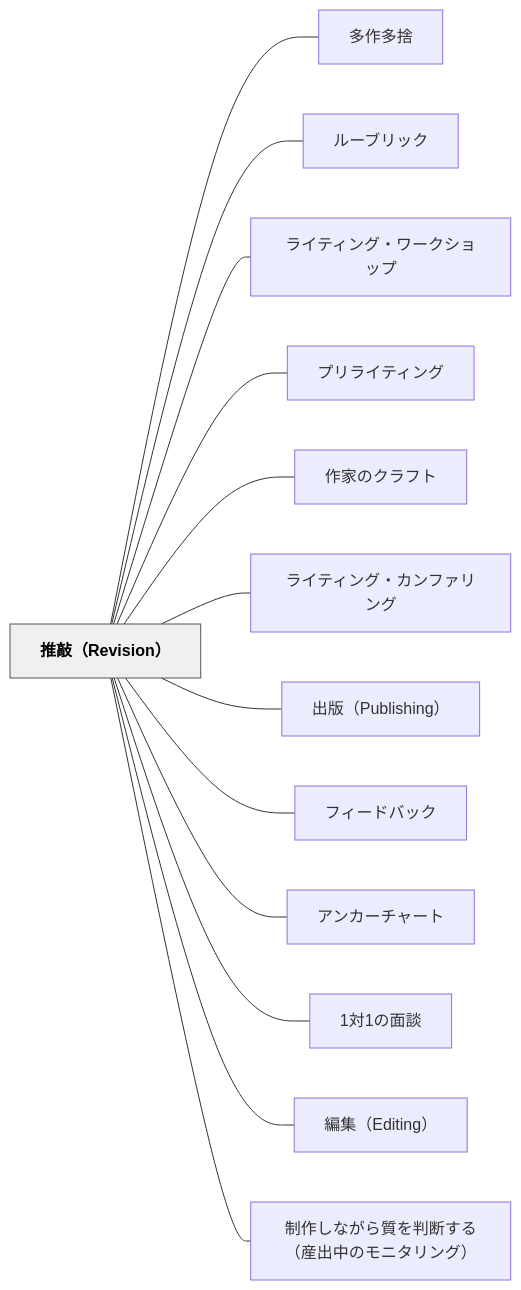
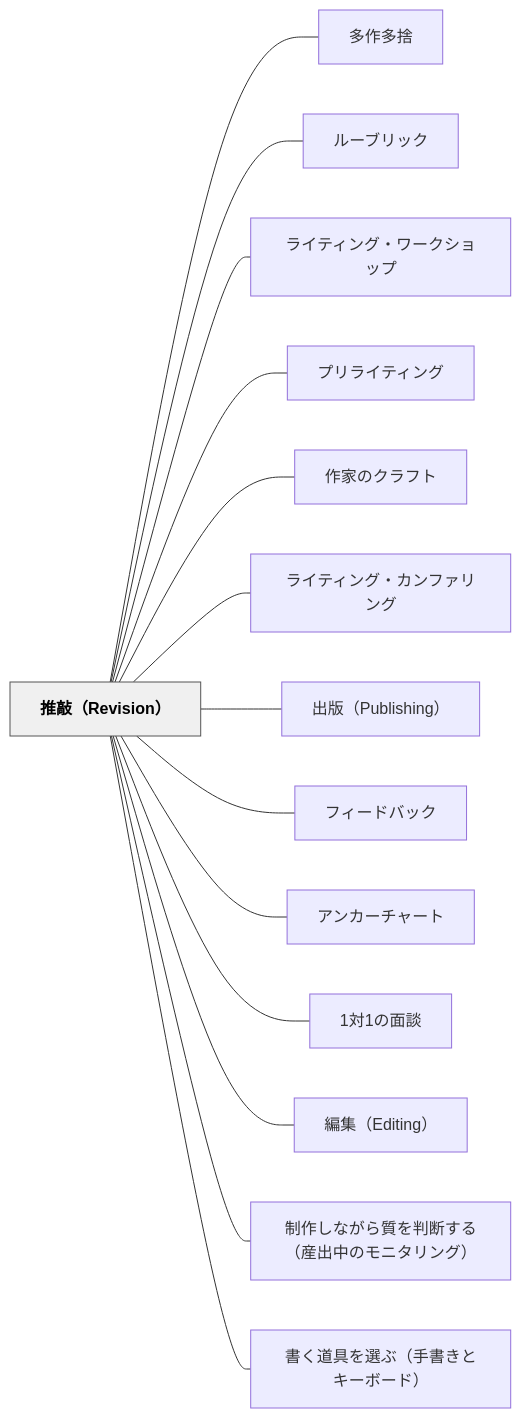
Before and after one commit to unknownthings-ed-patterns/unknownthings-ed-patterns: the diagram in content/パタン/推敲（Revision）.md, drawn with Mermaid. The commit also changed other lines of this file and 10 other files, not shown here.

````diff
--- a/content/パタン/推敲（Revision）.md
+++ b/content/パタン/推敲（Revision）.md
@@ -251,32 +256,34 @@
 ```mermaid
 flowchart LR
     ne68ea8e695b2efbc885265766973696f6eefbc89["推敲（Revision）"]
     ne5a49ae4bd9ce5a49ae68da8["多作多捨"]
     ne383abe383bce38396e383aae38383e382af["ルーブリック"]
     ne383a9e382a4e38386e382a3e383b3e382b0e383bbe383afe383bce382afe382b7e383a7e38383e38397["ライティング・ワークショップ"]
     ne38397e383aae383a9e382a4e38386e382a3e383b3e382b0["プリライティング"]
     ne4bd9ce5aeb6e381aee382afe383a9e38395e38388["作家のクラフト"]
     ne383a9e382a4e38386e382a3e383b3e382b0e383bbe382abe383b3e38395e382a1e383aae383b3e382b0["ライティング・カンファリング"]
     ne587bae78988efbc885075626c697368696e67efbc89["出版（Publishing）"]
     ne38395e382a3e383bce38389e38390e38383e382af["フィードバック"]
     ne382a2e383b3e382abe383bce38381e383a3e383bce38388["アンカーチャート"]
     n31e5afbe31e381aee99da2e8ab87["1対1の面談"]
     ne7b7a8e99b86efbc8845646974696e67efbc89["編集（Editing）"]
     ne588b6e4bd9ce38197e381aae3818ce38289e8b3aae38292e588a4e696ade38199e3828befbc88e794a3e587bae4b8ade381aee383a2e3838be382bfe383aae383b3e382b0efbc89["制作しながら質を判断する（産出中のモニタリング）"]
+    ne69bb8e3818fe98193e585b7e38292e981b8e381b6efbc88e6898be69bb8e3818de381a8e382ade383bce3839ce383bce38389efbc89["書く道具を選ぶ（手書きとキーボード）"]
 
     ne68ea8e695b2efbc885265766973696f6eefbc89 --- ne5a49ae4bd9ce5a49ae68da8
     ne68ea8e695b2efbc885265766973696f6eefbc89 --- ne383abe383bce38396e383aae38383e382af
     ne68ea8e695b2efbc885265766973696f6eefbc89 --- ne383a9e382a4e38386e382a3e383b3e382b0e383bbe383afe383bce382afe382b7e383a7e38383e38397
     ne68ea8e695b2efbc885265766973696f6eefbc89 --- ne38397e383aae383a9e382a4e38386e382a3e383b3e382b0
     ne68ea8e695b2efbc885265766973696f6eefbc89 --- ne4bd9ce5aeb6e381aee382afe383a9e38395e38388
     ne68ea8e695b2efbc885265766973696f6eefbc89 --- ne383a9e382a4e38386e382a3e383b3e382b0e383bbe382abe383b3e38395e382a1e383aae383b3e382b0
     ne68ea8e695b2efbc885265766973696f6eefbc89 --- ne587bae78988efbc885075626c697368696e67efbc89
     ne68ea8e695b2efbc885265766973696f6eefbc89 --- ne38395e382a3e383bce38389e38390e38383e382af
     ne68ea8e695b2efbc885265766973696f6eefbc89 --- ne382a2e383b3e382abe383bce38381e383a3e383bce38388
     ne68ea8e695b2efbc885265766973696f6eefbc89 --- n31e5afbe31e381aee99da2e8ab87
     ne68ea8e695b2efbc885265766973696f6eefbc89 --- ne7b7a8e99b86efbc8845646974696e67efbc89
     ne68ea8e695b2efbc885265766973696f6eefbc89 --- ne588b6e4bd9ce38197e381aae3818ce38289e8b3aae38292e588a4e696ade38199e3828befbc88e794a3e587bae4b8ade381aee383a2e3838be382bfe383aae383b3e382b0efbc89
+    ne68ea8e695b2efbc885265766973696f6eefbc89 --- ne69bb8e3818fe98193e585b7e38292e981b8e381b6efbc88e6898be69bb8e3818de381a8e382ade383bce3839ce383bce38389efbc89
 
     classDef hub fill:#f0f0f0,stroke:#555,color:#000,font-weight:bold
     class ne68ea8e695b2efbc885265766973696f6eefbc89 hub
 ```
````
